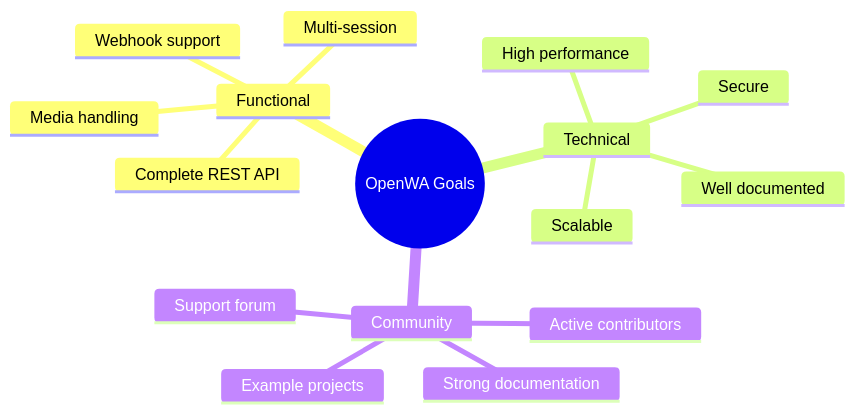
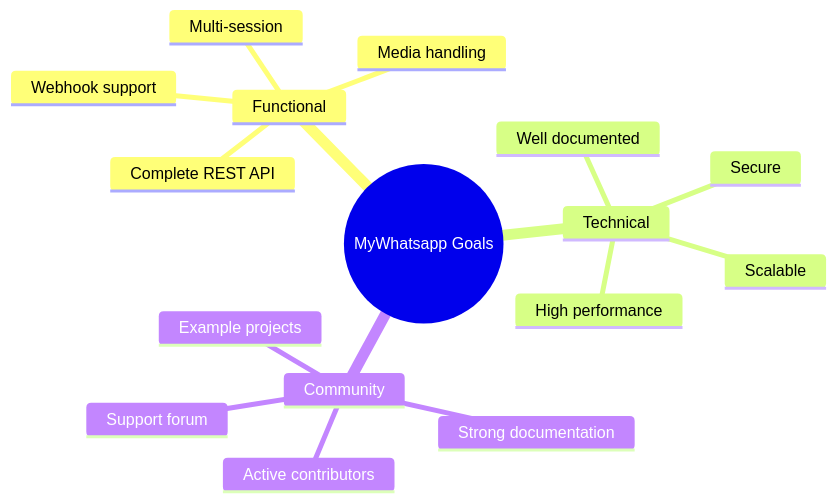
The second of 5 diagrams in docs/01-project-overview.md (Myenum2412/whatsapptool), drawn with Mermaid before and after one commit. The commit also changed other lines of this file and 874 other files, not shown here.

````diff
--- a/docs/01-project-overview.md
+++ b/docs/01-project-overview.md
@@ -72,19 +72,19 @@
 ```mermaid
 mindmap
-  root((OpenWA Goals))
+  root((MyWhatsapp Goals))
     Functional
       Complete REST API
       Multi-session
       Webhook support
       Media handling
     Technical
       High performance
       Scalable
       Secure
       Well documented
     Community
       Active contributors
       Strong documentation
       Example projects
       Support forum
 ```
````
